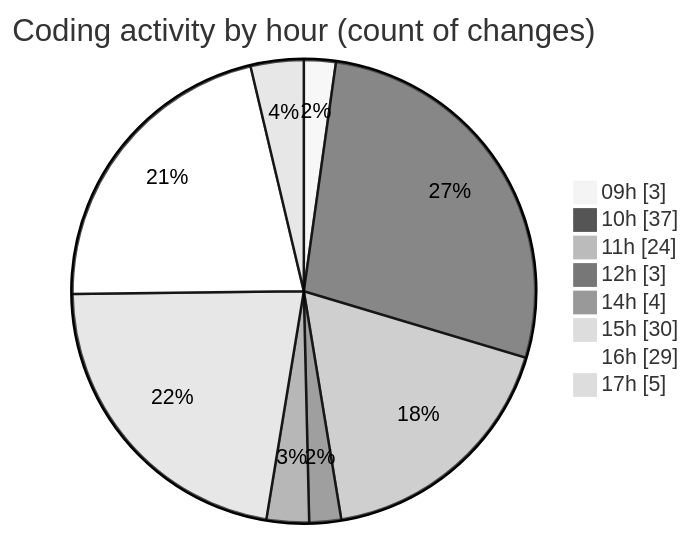
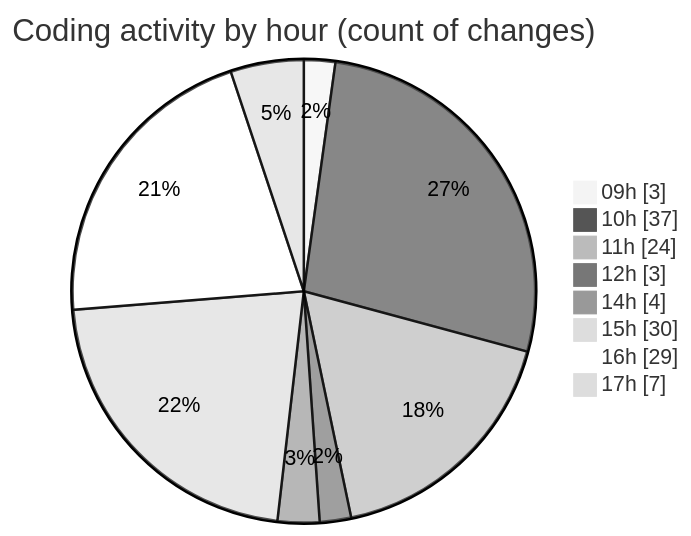
One commit to CELIANVF/code-tracking changed the second of 2 diagrams in 2025-05-02/ecodeli/README.md. Above: the diagram before and after it, drawn with Mermaid (neutral theme). The commit also changed other lines of this file and 1 other file, not shown here.

````diff
--- a/2025-05-02/ecodeli/README.md
+++ b/2025-05-02/ecodeli/README.md
@@ -88,12 +89,12 @@
 ```mermaid
 pie showData
 title Coding activity by hour (count of changes)
 "09h" : 3
 "10h" : 37
 "11h" : 24
 "12h" : 3
 "14h" : 4
 "15h" : 30
 "16h" : 29
-"17h" : 5
+"17h" : 7
 ```
````
